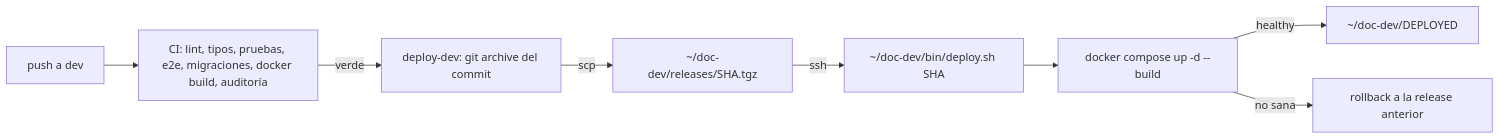
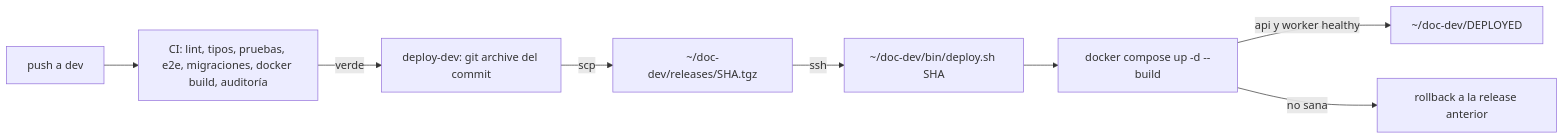
The diagram in deploy/README.md (drinks-on-chain/drinks-on-chain-back), drawn with Mermaid before and after one commit. The commit also changed other lines of this file and 3 other files, not shown here.

First line of the commit message:
docs: outbox, worker y colas (arquitectura, README, despliegue y roadmap 0.4)

````diff
--- a/deploy/README.md
+++ b/deploy/README.md
@@ -13,10 +13,10 @@
 ```mermaid
 flowchart LR
   A[push a dev] --> B[CI: lint, tipos, pruebas, e2e, migraciones, docker build, auditoría]
   B -->|verde| C[deploy-dev: git archive del commit]
   C -->|scp| D["~/doc-dev/releases/SHA.tgz"]
   D -->|ssh| E["~/doc-dev/bin/deploy.sh SHA"]
   E --> F["docker compose up -d --build"]
-  F -->|healthy| G["~/doc-dev/DEPLOYED"]
+  F -->|api y worker healthy| G["~/doc-dev/DEPLOYED"]
   F -->|no sana| H[rollback a la release anterior]
 ```
````
